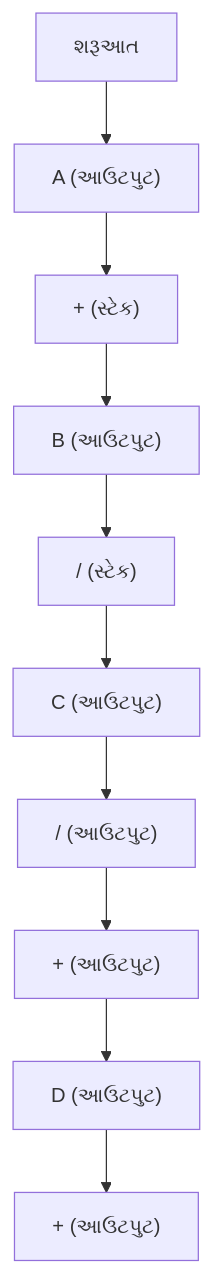
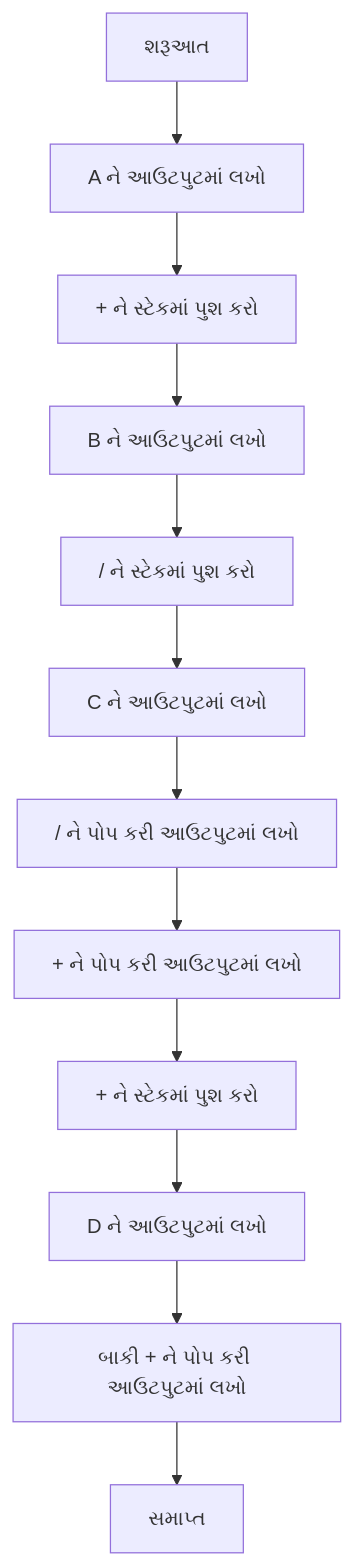
Diagram 12 of 45 in GTU Paper Solution in Gujarati.md (milavdabgar/Data-Structures), drawn with Mermaid before and after one commit. The commit also changed other lines of this file and 1 other file, not shown here.

````diff
--- a/GTU Paper Solution in Gujarati.md
+++ b/GTU Paper Solution in Gujarati.md
@@ -560,12 +582,14 @@
-   ```mermaid
-   graph TD
-      A[શરૂઆત] --> B["A (આઉટપુટ)"]
-      B --> C["+ (સ્ટેક)"]
-      C --> D["B (આઉટપુટ)"]
-      D --> E["/ (સ્ટેક)"]
-      E --> F["C (આઉટપુટ)"]
-      F --> G["/ (આઉટપુટ)"]
-      G --> H["+ (આઉટપુટ)"]
-      H --> I["D (આઉટપુટ)"]
-      I --> J["+ (આઉટપુટ)"]
-   ```
+```mermaid
+graph TD
+    A[શરૂઆત] --> B[A ને આઉટપુટમાં લખો]
+    B --> C["+ ને સ્ટેકમાં પુશ કરો"]
+    C --> D[B ને આઉટપુટમાં લખો]
+    D --> E["/ ને સ્ટેકમાં પુશ કરો"]
+    E --> F[C ને આઉટપુટમાં લખો]
+    F --> G["/ ને પોપ કરી આઉટપુટમાં લખો"]
+    G --> H["+ ને પોપ કરી આઉટપુટમાં લખો"]
+    H --> I["+ ને સ્ટેકમાં પુશ કરો"]
+    I --> J[D ને આઉટપુટમાં લખો]
+    J --> K["બાકી + ને પોપ કરી આઉટપુટમાં લખો"]
+    K --> L[સમાપ્ત]
+```
````
